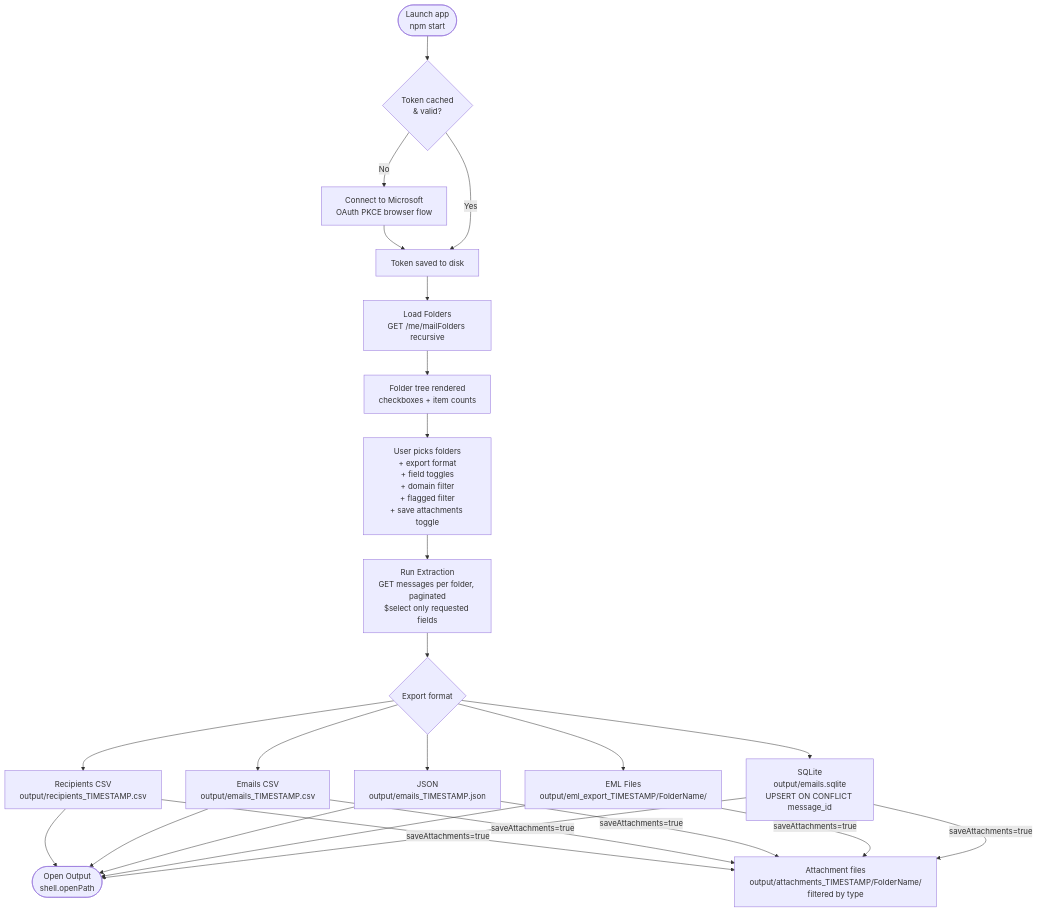
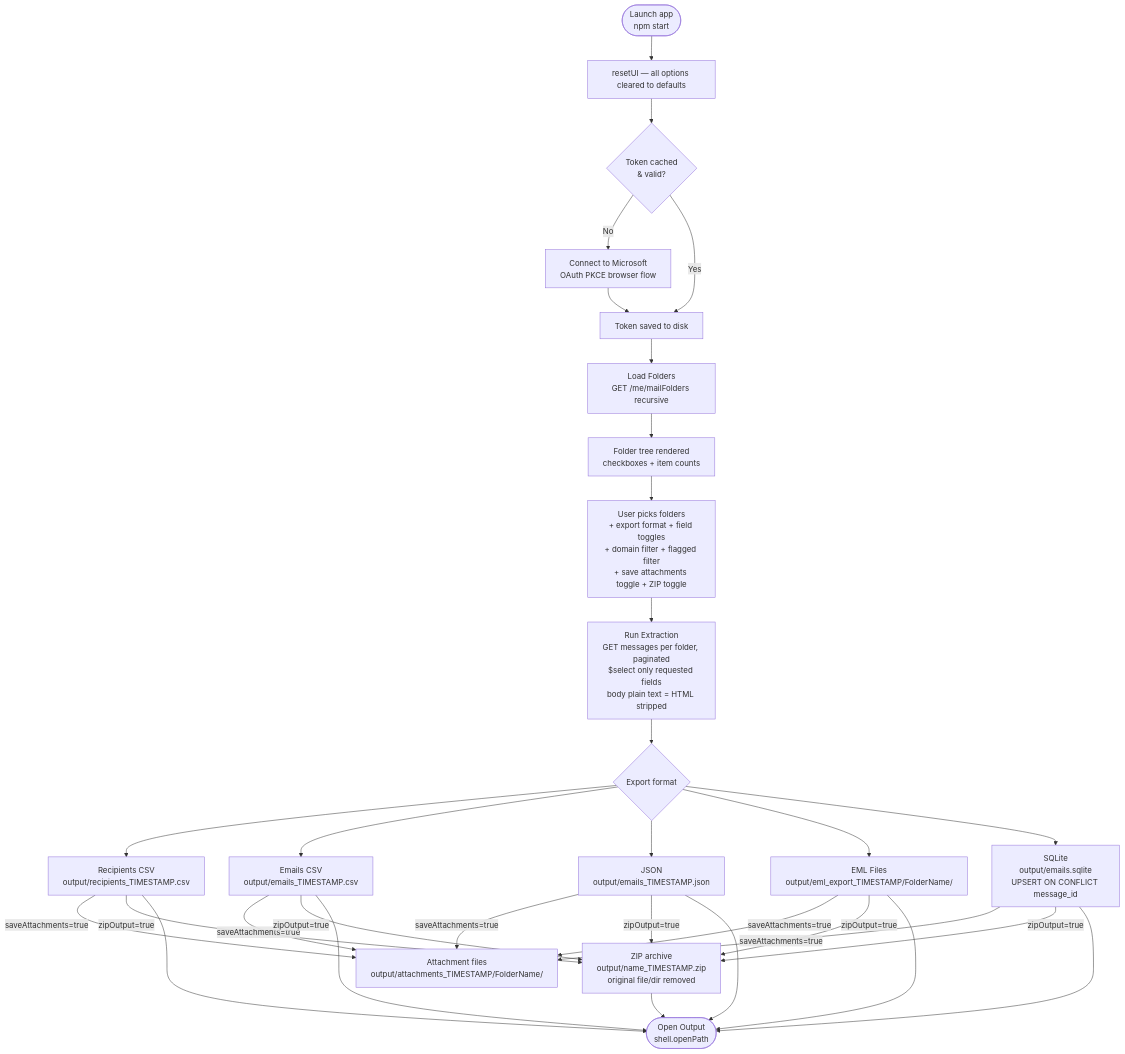
The third of 3 diagrams in Docs/Architecture.md (aairom/outlook-bob), drawn with Mermaid before and after one commit. The commit also changed other lines of this file and 8 other files, not shown here.

Commit message:
Zip extraction feature added

````diff
--- a/Docs/Architecture.md
+++ b/Docs/Architecture.md
@@ -85,19 +92,22 @@
 ```mermaid
 flowchart TD
-    A([Launch app\nnpm start]) --> B{Token cached\n& valid?}
+    A([Launch app\nnpm start]) --> RESET[resetUI — all options cleared to defaults]
+    RESET --> B{Token cached\n& valid?}
     B -- No --> C[Connect to Microsoft\nOAuth PKCE browser flow]
     C --> D[Token saved to disk]
     B -- Yes --> D
     D --> E[Load Folders\nGET /me/mailFolders recursive]
     E --> F[Folder tree rendered\ncheckboxes + item counts]
-    F --> G[User picks folders\n+ export format\n+ field toggles\n+ domain filter\n+ flagged filter\n+ save attachments toggle]
-    G --> H[Run Extraction\nGET messages per folder, paginated\n$select only requested fields]
+    F --> G[User picks folders\n+ export format + field toggles\n+ domain filter + flagged filter\n+ save attachments toggle + ZIP toggle]
+    G --> H[Run Extraction\nGET messages per folder, paginated\n$select only requested fields\nbody plain text = HTML stripped]
     H --> I{Export format}
     I --> J1["Recipients CSV\noutput/recipients_TIMESTAMP.csv"]
     I --> J2["Emails CSV\noutput/emails_TIMESTAMP.csv"]
     I --> J3["JSON\noutput/emails_TIMESTAMP.json"]
     I --> J4["EML Files\noutput/eml_export_TIMESTAMP/FolderName/"]
     I --> J5["SQLite\noutput/emails.sqlite\nUPSERT ON CONFLICT message_id"]
-    J1 & J2 & J3 & J4 & J5 --> K([Open Output\nshell.openPath])
-    J1 & J2 & J3 & J4 & J5 -->|saveAttachments=true| ATT["Attachment files\noutput/attachments_TIMESTAMP/FolderName/\nfiltered by type"]
+    J1 & J2 & J3 & J4 & J5 -->|saveAttachments=true| ATT["Attachment files\noutput/attachments_TIMESTAMP/FolderName/"]
+    J1 & J2 & J3 & J4 & J5 -->|zipOutput=true| ZIP["ZIP archive\noutput/name_TIMESTAMP.zip\noriginal file/dir removed"]
+    ZIP --> K([Open Output\nshell.openPath])
+    J1 & J2 & J3 & J4 & J5 --> K
 ```
````
